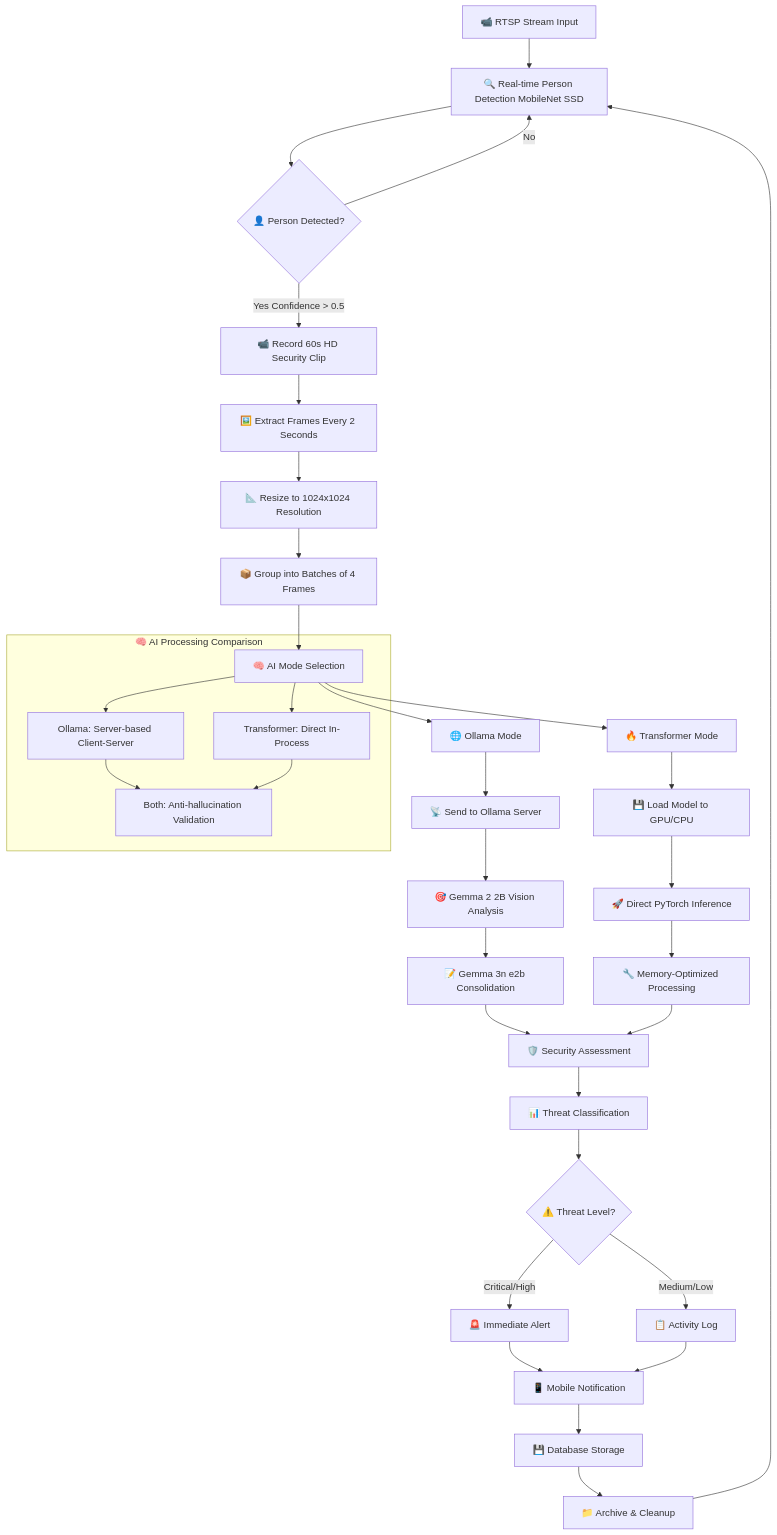
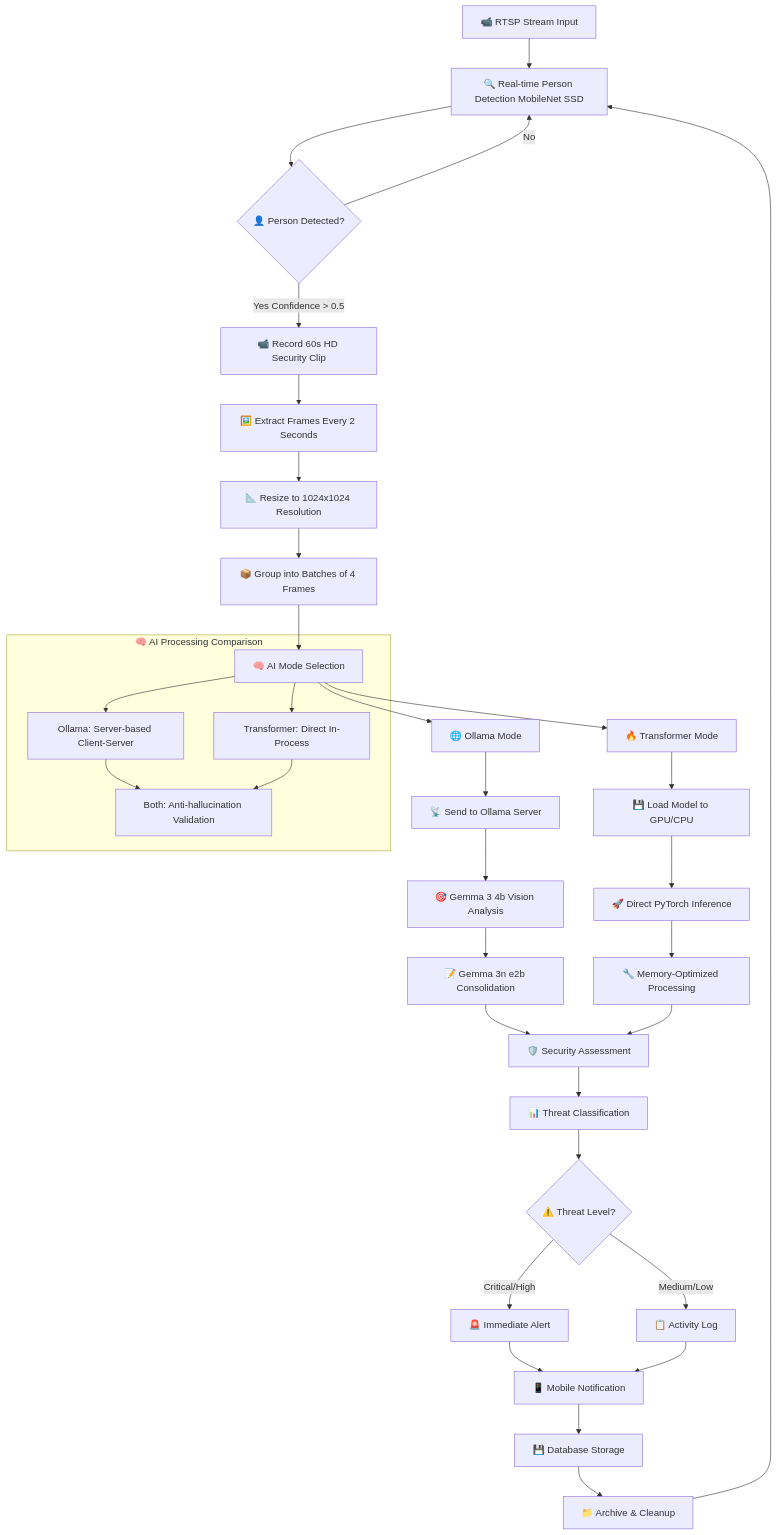
The diagram in README.md (Cloud-Jas/GemmaGuardian), drawn with Mermaid before and after one commit. The commit also changed 1 other file, not shown here.

````diff
--- a/README.md
+++ b/README.md
@@ -39,44 +39,44 @@
 ```mermaid
 graph TD
     A[📹 RTSP Stream Input] --> B[🔍 Real-time Person Detection MobileNet SSD]
     B --> C{👤 Person Detected?}
     C -->|Yes Confidence > 0.5| D[📹 Record 60s HD Security Clip]
     C -->|No| B
     D --> E[🖼️ Extract Frames Every 2 Seconds]
     E --> F[📐 Resize to 1024x1024 Resolution]
     F --> G[📦 Group into Batches of 4 Frames]
     G --> H[🧠 AI Mode Selection]
     
     H --> I[🌐 Ollama Mode]
     H --> J[🔥 Transformer Mode]
     
     I --> I1[📡 Send to Ollama Server]
-    I1 --> I2[🎯 Gemma 2 2B Vision Analysis]
+    I1 --> I2[🎯 Gemma 3 4b Vision Analysis]
     I2 --> I3[📝 Gemma 3n e2b Consolidation]
     I3 --> K[🛡️ Security Assessment]
     
     J --> J1[💾 Load Model to GPU/CPU]
     J1 --> J2[🚀 Direct PyTorch Inference]
     J2 --> J3[🔧 Memory-Optimized Processing]
     J3 --> K
     
     K --> L[📊 Threat Classification]
     L --> M{⚠️ Threat Level?}
     M -->|Critical/High| N[🚨 Immediate Alert]
     M -->|Medium/Low| O[📋 Activity Log]
     N --> P[📱 Mobile Notification]
     O --> P
     P --> Q[💾 Database Storage]
     Q --> R[📁 Archive & Cleanup]
     R --> B
     
     subgraph "🧠 AI Processing Comparison"
         AI1[Ollama: Server-based Client-Server]
         AI2[Transformer: Direct In-Process]
         AI3[Both: Anti-hallucination Validation]
         H --> AI1
         H --> AI2
         AI1 --> AI3
         AI2 --> AI3
     end
 ```
````
